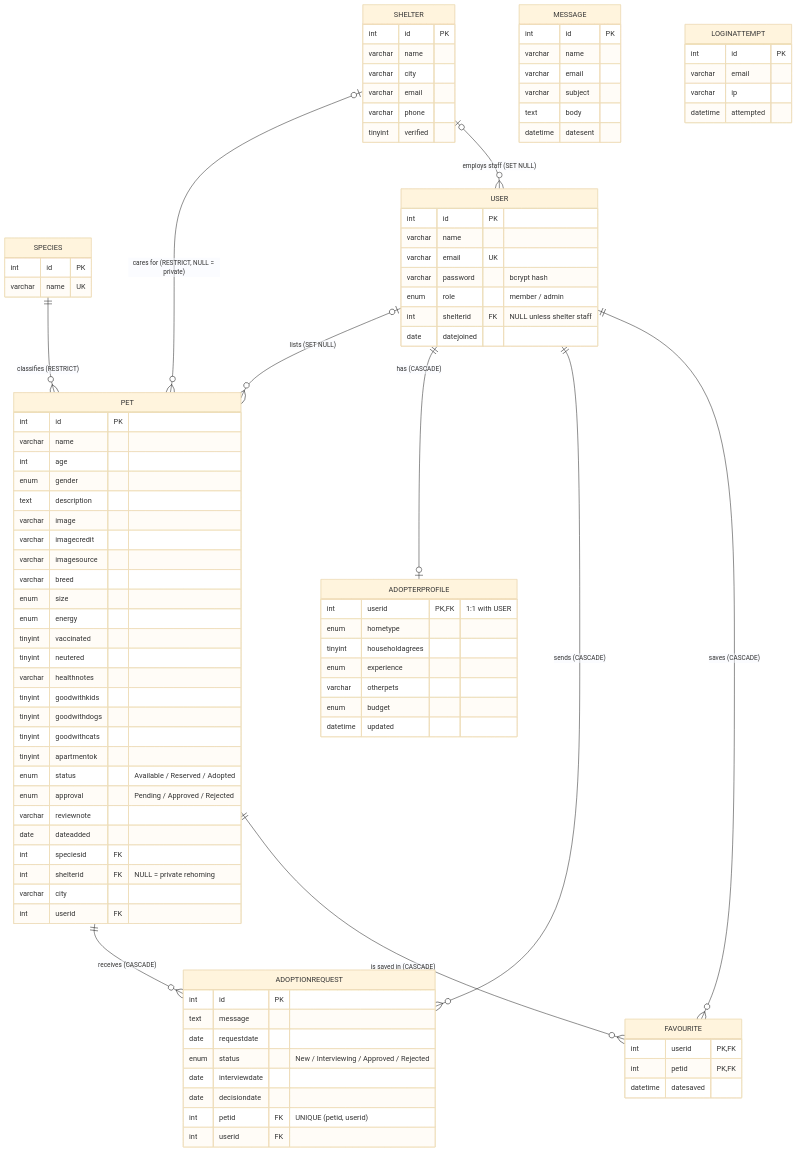
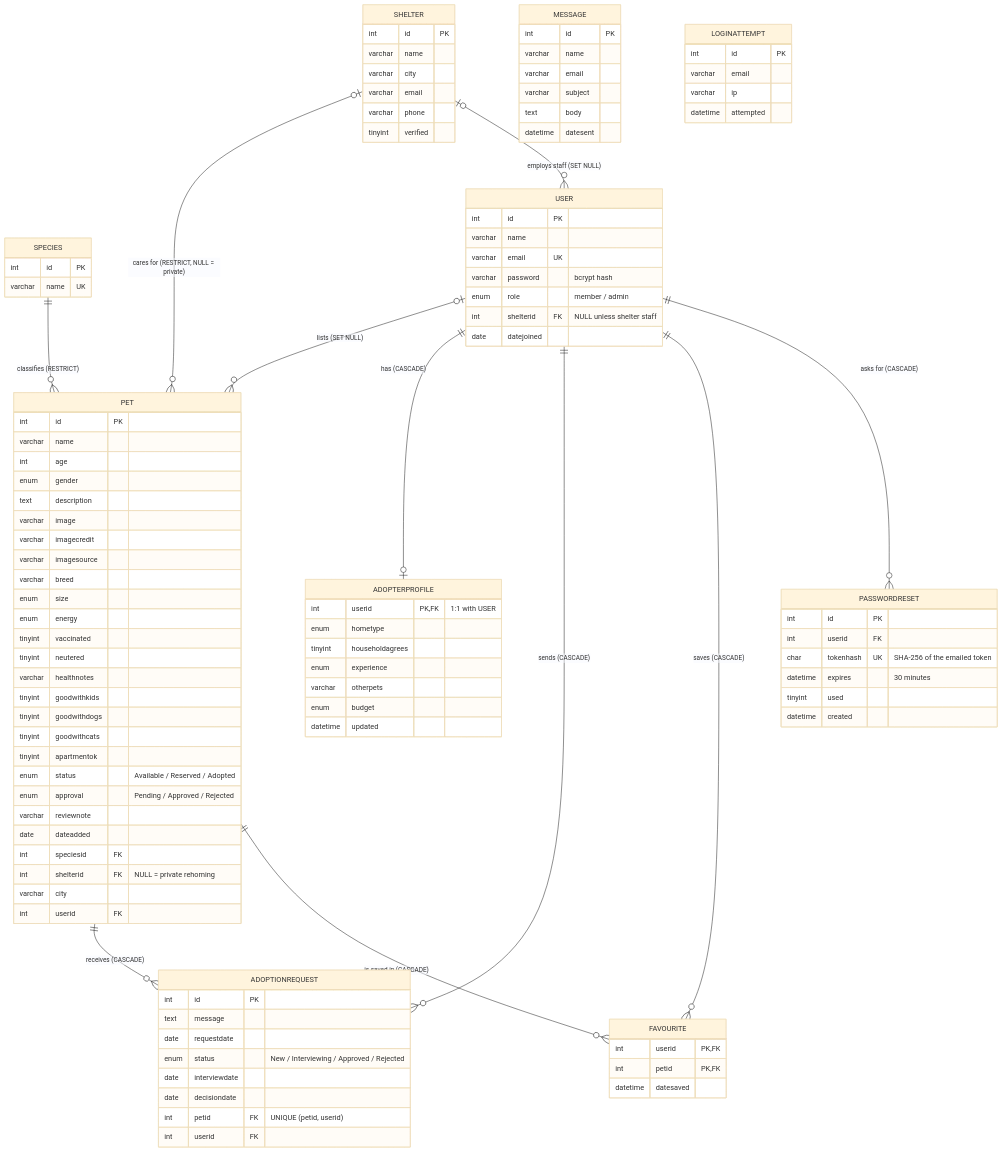
Before and after one commit to ltn5102004/pawshome-comp1841: the diagram in docs/erd.mmd, drawn with Mermaid (base theme). The commit also changed 1 other file, not shown here.

Commit message:
ERD: add the passwordreset table

```diff
--- a/docs/erd.mmd
+++ b/docs/erd.mmd
@@ -1,101 +1,110 @@
-%% PawsHome - Entity-Relationship Diagram (database petadopt, 9 tables), Crow's Foot notation.
+%% PawsHome - Entity-Relationship Diagram (database petadopt, 10 tables), Crow's Foot notation.
 %% How to draw: open https://mermaid.live/ , paste this file, then Actions -> PNG / SVG.
 %% Source: Mermaid (no date) Entity Relationship Diagrams. https://mermaid.js.org/syntax/entityRelationshipDiagram.html
 erDiagram
     SPECIES ||--o{ PET : "classifies (RESTRICT)"
     SHELTER |o--o{ PET : "cares for (RESTRICT, NULL = private)"
     USER |o--o{ PET : "lists (SET NULL)"
     SHELTER |o--o{ USER : "employs staff (SET NULL)"
     USER ||--o| ADOPTERPROFILE : "has (CASCADE)"
     USER ||--o{ ADOPTIONREQUEST : "sends (CASCADE)"
     PET ||--o{ ADOPTIONREQUEST : "receives (CASCADE)"
     USER ||--o{ FAVOURITE : "saves (CASCADE)"
     PET ||--o{ FAVOURITE : "is saved in (CASCADE)"
+    USER ||--o{ PASSWORDRESET : "asks for (CASCADE)"
 
     USER {
         int id PK
         varchar name
         varchar email UK
         varchar password "bcrypt hash"
         enum role "member / admin"
         int shelterid FK "NULL unless shelter staff"
         date datejoined
     }
     SHELTER {
         int id PK
         varchar name
         varchar city
         varchar email
         varchar phone
         tinyint verified
     }
     SPECIES {
         int id PK
         varchar name UK
     }
     PET {
         int id PK
         varchar name
         int age
         enum gender
         text description
         varchar image
         varchar imagecredit
         varchar imagesource
         varchar breed
         enum size
         enum energy
         tinyint vaccinated
         tinyint neutered
         varchar healthnotes
         tinyint goodwithkids
         tinyint goodwithdogs
         tinyint goodwithcats
         tinyint apartmentok
         enum status "Available / Reserved / Adopted"
         enum approval "Pending / Approved / Rejected"
         varchar reviewnote
         date dateadded
         int speciesid FK
         int shelterid FK "NULL = private rehoming"
         varchar city
         int userid FK
     }
     ADOPTIONREQUEST {
         int id PK
         text message
         date requestdate
         enum status "New / Interviewing / Approved / Rejected"
         date interviewdate
         date decisiondate
         int petid FK "UNIQUE (petid, userid)"
         int userid FK
     }
     ADOPTERPROFILE {
         int userid PK, FK "1:1 with USER"
         enum hometype
         tinyint householdagrees
         enum experience
         varchar otherpets
         enum budget
         datetime updated
     }
     FAVOURITE {
         int userid PK, FK
         int petid PK, FK
         datetime datesaved
     }
     MESSAGE {
         int id PK
         varchar name
         varchar email
         varchar subject
         text body
         datetime datesent
     }
     LOGINATTEMPT {
         int id PK
         varchar email
         varchar ip
         datetime attempted
     }
+    PASSWORDRESET {
+        int id PK
+        int userid FK
+        char tokenhash UK "SHA-256 of the emailed token"
+        datetime expires "30 minutes"
+        tinyint used
+        datetime created
+    }
```
